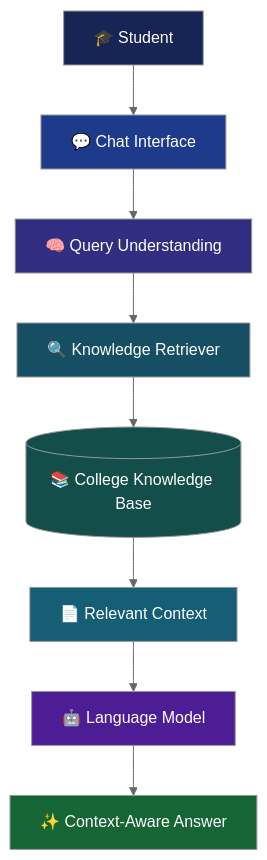
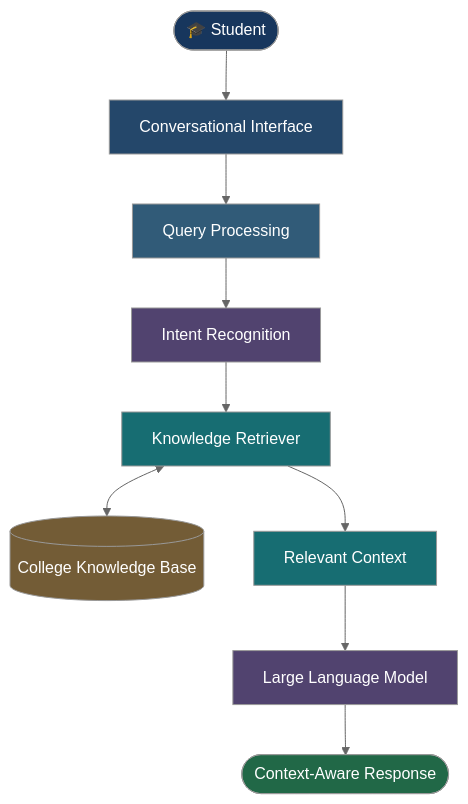
One commit to priyanshukumarverma091-hub/College-AI-Helpdesk changed the first of 3 diagrams in README.md. Above: the diagram before and after it, drawn with Mermaid (neutral theme). The commit also changed other lines of this file, not shown here.

````diff
--- a/README.md
+++ b/README.md
@@ -80,19 +147,23 @@
 ```mermaid
-flowchart TD
-    A["🎓 Student"] --> B["💬 Chat Interface"]
-    B --> C["🧠 Query Understanding"]
-    C --> D["🔍 Knowledge Retriever"]
-    D --> E[("📚 College Knowledge Base")]
-    E --> F["📄 Relevant Context"]
-    F --> G["🤖 Language Model"]
-    G --> H["✨ Context-Aware Answer"]
+flowchart TB
+    A(["🎓 Student"]) --> B["Conversational Interface"]
+    B --> C["Query Processing"]
+    C --> D["Intent Recognition"]
+    D --> E["Knowledge Retriever"]
 
-    style A fill:#172554,color:#fff
-    style B fill:#1E3A8A,color:#fff
-    style C fill:#312E81,color:#fff
-    style D fill:#164E63,color:#fff
-    style E fill:#134E4A,color:#fff
-    style F fill:#155E75,color:#fff
-    style G fill:#4C1D95,color:#fff
-    style H fill:#166534,color:#fff
+    E <--> F[("College Knowledge Base")]
+
+    E --> G["Relevant Context"]
+    G --> H["Large Language Model"]
+    H --> I(["Context-Aware Response"])
+
+    style A fill:#17365D,color:#fff
+    style B fill:#24476A,color:#fff
+    style C fill:#315B78,color:#fff
+    style D fill:#51436F,color:#fff
+    style E fill:#176D72,color:#fff
+    style F fill:#735C36,color:#fff
+    style G fill:#176D72,color:#fff
+    style H fill:#51436F,color:#fff
+    style I fill:#216847,color:#fff
 ```
````
